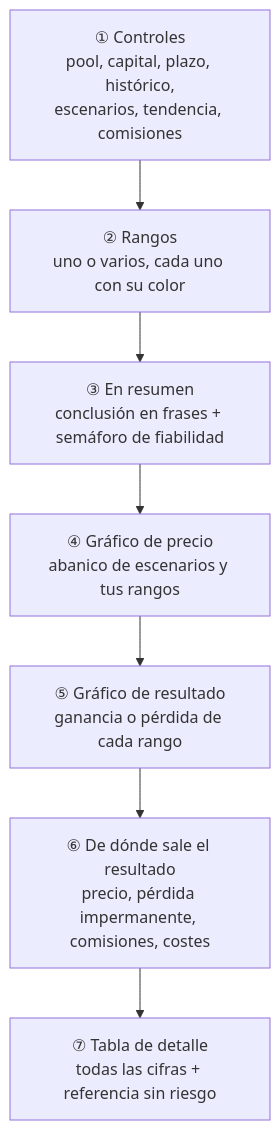
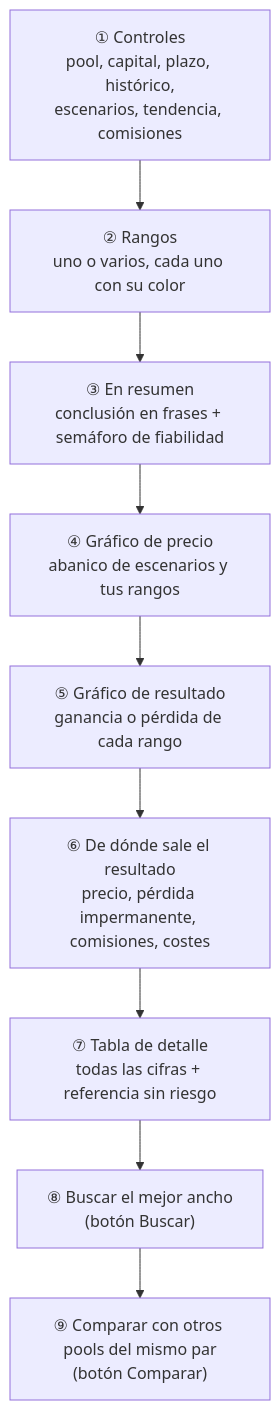
The first of 7 diagrams in Guia Simulador.md (Caiico1/etapas-weinstein), drawn with Mermaid before and after one commit. The commit also changed other lines of this file and 7 other files, not shown here.

First line of the commit message:
Simulador: buscador del mejor ancho y comparación del mismo par en varios pools

````diff
--- a/Guia Simulador.md
+++ b/Guia Simulador.md
@@ -54,9 +56,11 @@
 ```mermaid
 flowchart TB
     A["① Controles<br/>pool, capital, plazo, histórico,<br/>escenarios, tendencia, comisiones"] --> B["② Rangos<br/>uno o varios, cada uno con su color"]
     B --> R["③ En resumen<br/>conclusión en frases + semáforo de fiabilidad"]
     R --> C["④ Gráfico de precio<br/>abanico de escenarios y tus rangos"]
     C --> D["⑤ Gráfico de resultado<br/>ganancia o pérdida de cada rango"]
     D --> G["⑥ De dónde sale el resultado<br/>precio, pérdida impermanente, comisiones, costes"]
     G --> E["⑦ Tabla de detalle<br/>todas las cifras + referencia sin riesgo"]
+    E --> O["⑧ Buscar el mejor ancho<br/>(botón Buscar)"]
+    O --> P["⑨ Comparar con otros pools del mismo par<br/>(botón Comparar)"]
 ```
````
